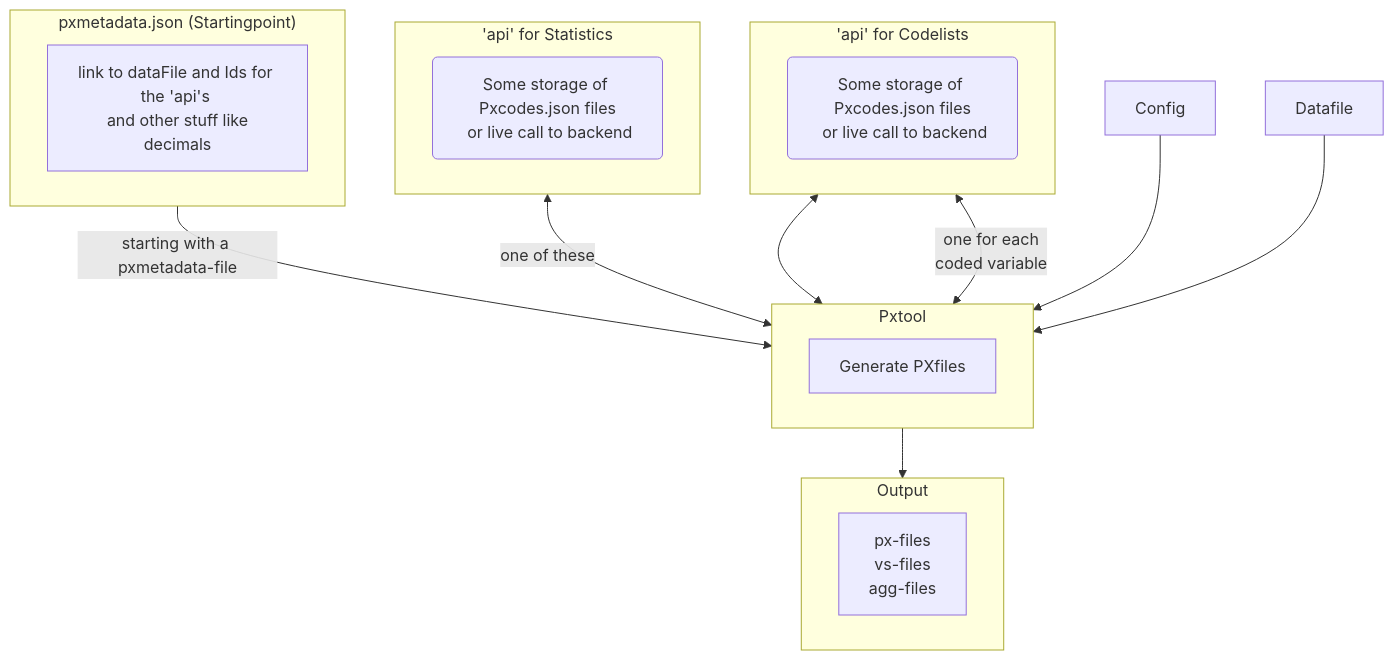
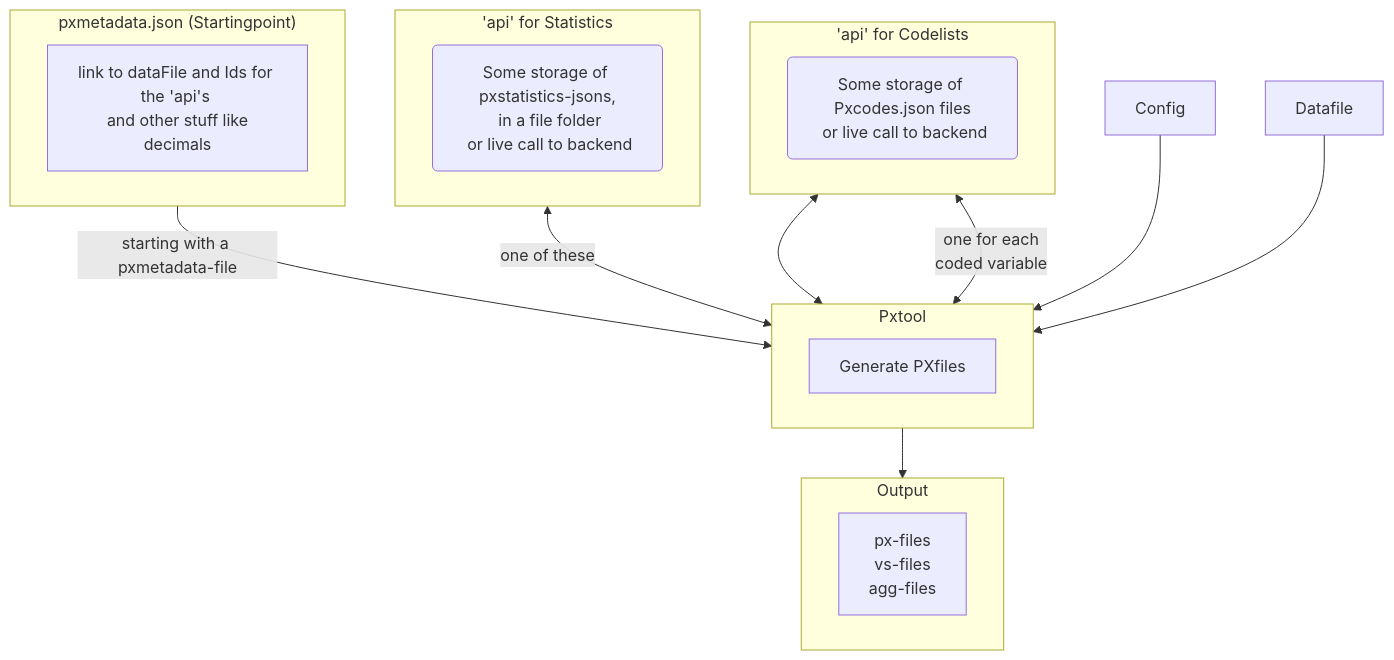
The diagram in README.md (PxTools/PxBuild), drawn with Mermaid before and after one commit. The commit also changed other lines of this file, not shown here.

````diff
--- a/README.md
+++ b/README.md
@@ -17,30 +20,27 @@
 ```mermaid
 flowchart TD
    subgraph M["pxmetadata.json (Startingpoint)"]
      M1["link to dataFile and Ids for the 'api's \n and other stuff like decimals"]
    end 
    subgraph S["'api' for Statistics"]
-     PX_SR("Some storage of Pxcodes.json files\n or live call to backend")
+     PX_SR("Some storage of pxstatistics-jsons,\n in a file folder\n or live call to backend")
    end
    subgraph C["'api' for Codelists"]
      D("Some storage of Pxcodes.json files\n or live call to backend")
    end
-
-  
-   
 
    subgraph T["Pxtool"]
      T1["Generate PXfiles"]
    end
    subgraph O["Output"]
      O1["px-files \n vs-files \n agg-files"]
    end
    M --> |starting with a pxmetadata-file| T
    S <--> | one of these| T
    C <--> T
    C <--> | one for each\n coded variable | T
    Config --> T
    Datafile --> T
    T --> O
 
 ``` 
````
